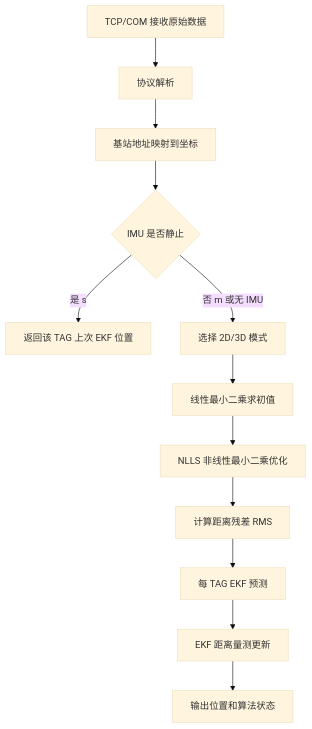
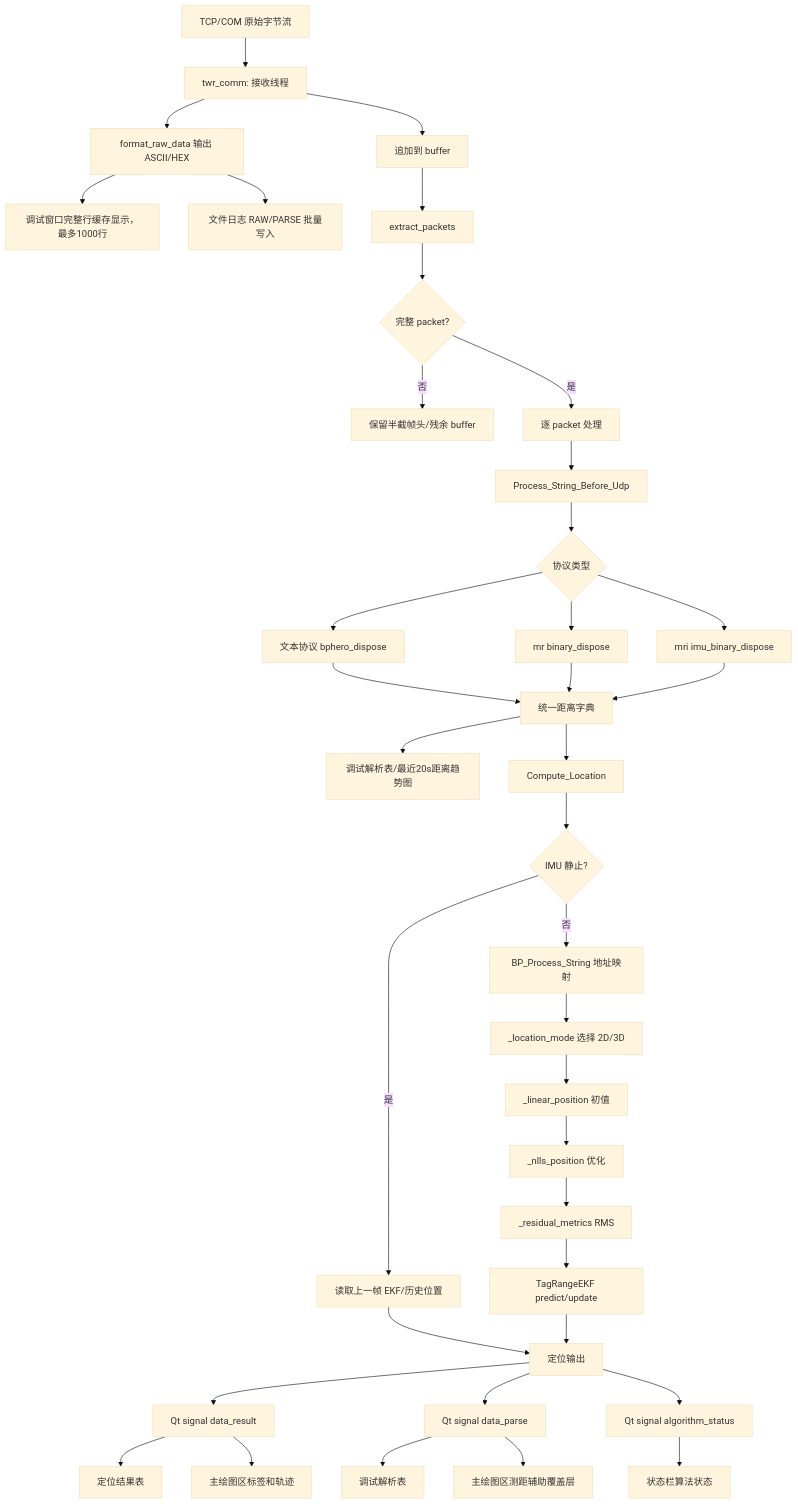
One commit to tuzhuke/twr_location_python_host_software changed the diagram in POSITIONING_ALGORITHM_SCHEME.md. Above: the diagram before and after it, drawn with Mermaid (base theme). The commit also changed other lines of this file and 25 other files, not shown here.

````diff
--- a/POSITIONING_ALGORITHM_SCHEME.md
+++ b/POSITIONING_ALGORITHM_SCHEME.md
@@ -128,14 +446,40 @@
 ```mermaid
 flowchart TD
-    A["TCP/COM 接收原始数据"] --> B["协议解析"]
-    B --> C["基站地址映射到坐标"]
-    C --> D{"IMU 是否静止"}
-    D -- "是 s" --> E["返回该 TAG 上次 EKF 位置"]
-    D -- "否 m 或无 IMU" --> F["选择 2D/3D 模式"]
-    F --> G["线性最小二乘求初值"]
-    G --> H["NLLS 非线性最小二乘优化"]
-    H --> I["计算距离残差 RMS"]
-    I --> J["每 TAG EKF 预测"]
-    J --> K["EKF 距离量测更新"]
-    K --> L["输出位置和算法状态"]
+    A["TCP/COM 原始字节流"] --> B["twr_comm: 接收线程"]
+    B --> C["format_raw_data 输出 ASCII/HEX"]
+    C --> D["调试窗口完整行缓存显示，最多1000行"]
+    C --> D1["文件日志 RAW/PARSE 批量写入"]
+    B --> E["追加到 buffer"]
+    E --> F["extract_packets"]
+    F --> G{"完整 packet?"}
+    G -- "否" --> H["保留半截帧头/残余 buffer"]
+    G -- "是" --> I["逐 packet 处理"]
+    I --> J["Process_String_Before_Udp"]
+    J --> K{"协议类型"}
+    K --> K1["文本协议 bphero_dispose"]
+    K --> K2["mr binary_dispose"]
+    K --> K3["mri imu_binary_dispose"]
+    K1 --> L["统一距离字典"]
+    K2 --> L
+    K3 --> L
+    L --> M["调试解析表/最近20s距离趋势图"]
+    L --> N["Compute_Location"]
+    N --> O{"IMU 静止?"}
+    O -- "是" --> P["读取上一帧 EKF/历史位置"]
+    O -- "否" --> Q["BP_Process_String 地址映射"]
+    Q --> R["_location_mode 选择 2D/3D"]
+    R --> S["_linear_position 初值"]
+    S --> T["_nlls_position 优化"]
+    T --> U["_residual_metrics RMS"]
+    U --> V["TagRangeEKF predict/update"]
+    P --> W["定位输出"]
+    V --> W
+    W --> X["Qt signal data_result"]
+    W --> Y["Qt signal data_parse"]
+    W --> Z["Qt signal algorithm_status"]
+    X --> X1["定位结果表"]
+    X --> X2["主绘图区标签和轨迹"]
+    Y --> Y1["调试解析表"]
+    Y --> Y2["主绘图区测距辅助覆盖层"]
+    Z --> Z1["状态栏算法状态"]
 ```
````
